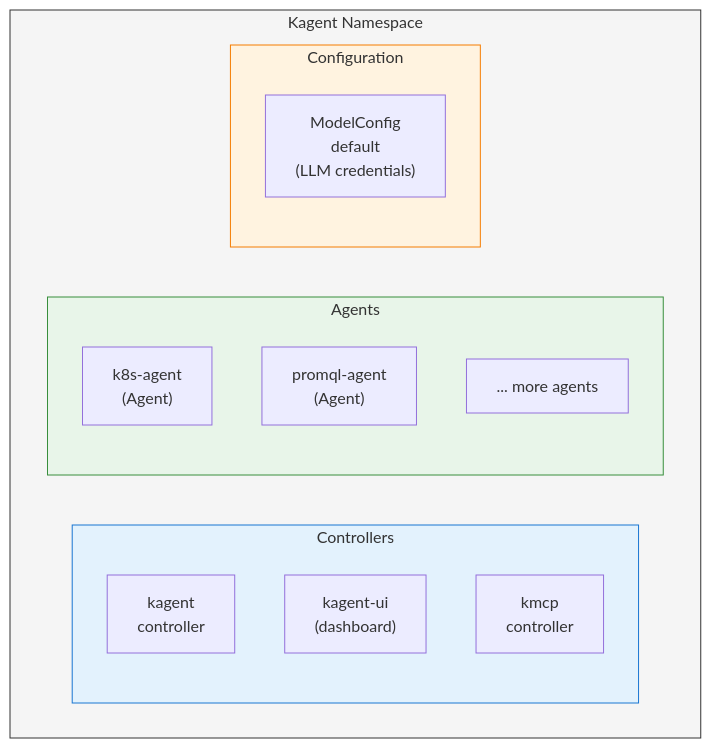
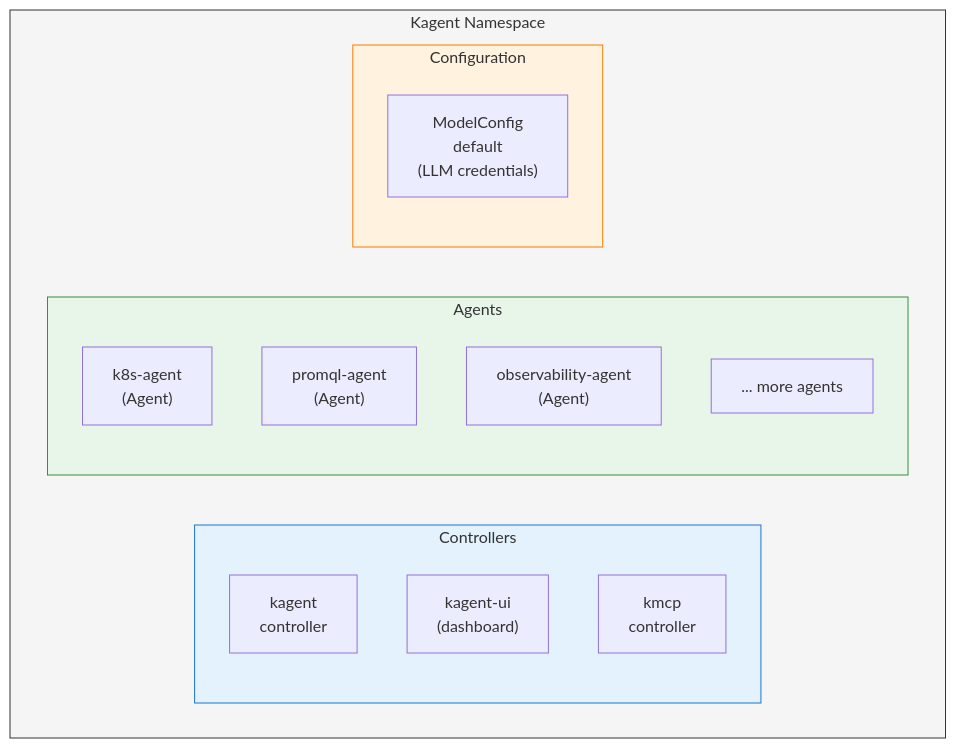
One commit to dirien/cfgmgmtcamp-2026-agentic-ai-workshop changed the diagram in 02-deploy-kagent-mcp.md. Above: the diagram before and after it, drawn with Mermaid. The commit also changed other lines of this file and 17 other files, not shown here.

First line of the commit message:
Update chapter 02 and 03 with observability-agent and helm chart fixes (#11)

````diff
--- a/02-deploy-kagent-mcp.md
+++ b/02-deploy-kagent-mcp.md
@@ -412,23 +434,24 @@
 ```mermaid
 graph TB
     subgraph ns["Kagent Namespace"]
         subgraph controllers["Controllers"]
             kagent["kagent<br/>controller"]
             ui["kagent-ui<br/>(dashboard)"]
             kmcp["kmcp<br/>controller"]
         end
         subgraph agents["Agents"]
             k8s["k8s-agent<br/>(Agent)"]
             promql["promql-agent<br/>(Agent)"]
+            obs["observability-agent<br/>(Agent)"]
             more["... more agents"]
         end
         subgraph config["Configuration"]
             mc["ModelConfig<br/>default<br/>(LLM credentials)"]
         end
     end
 
     style ns fill:#f5f5f5,stroke:#333
     style controllers fill:#e3f2fd,stroke:#1976d2
     style agents fill:#e8f5e9,stroke:#388e3c
     style config fill:#fff3e0,stroke:#f57c00
 ```
````
